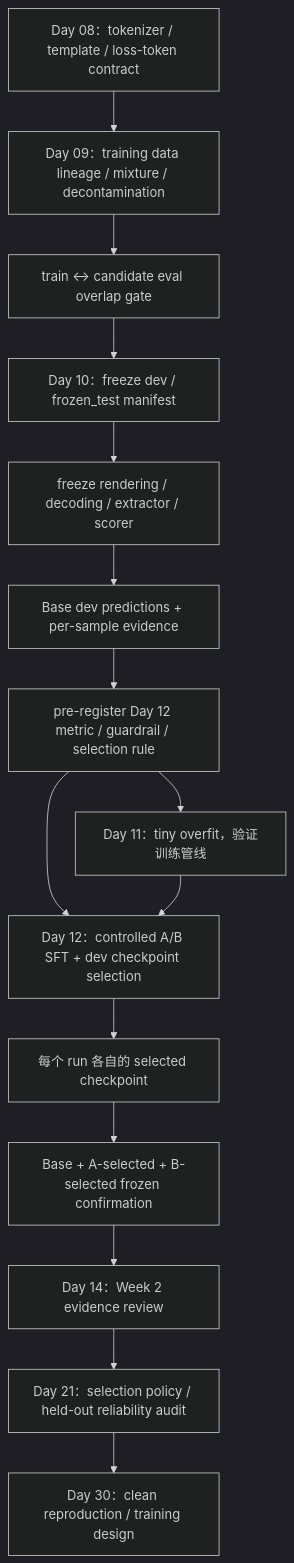
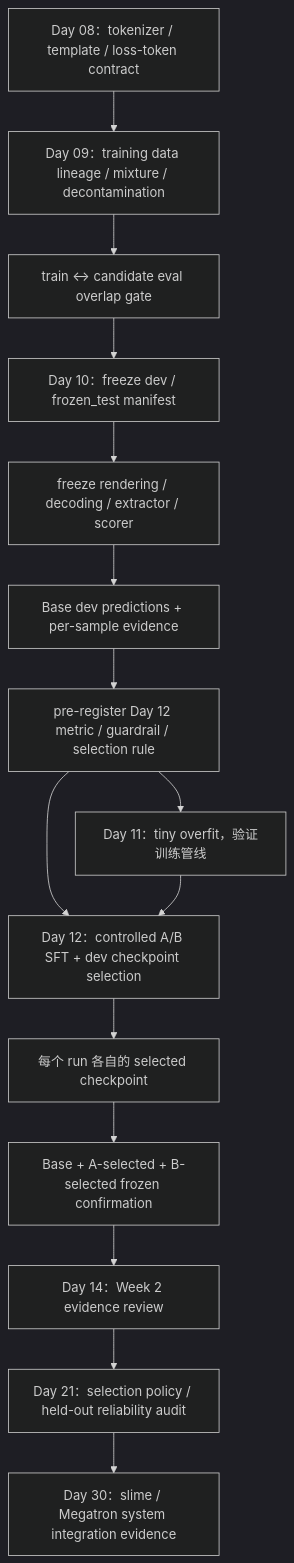
One commit to Guts-Blood/life changed the diagram in learning/post-training-30-day-bootcamp/day-10-frozen-eval-baseline/DAY-10-RESEARCH-AND-LEARNING-GUIDE.md. Above: the diagram before and after it, drawn with Mermaid (dark theme). The commit also changed 22 other files, not shown here.

Commit message:
docs(bootcamp): refocus day 27-30 on training system architecture

````diff
--- a/learning/post-training-30-day-bootcamp/day-10-frozen-eval-baseline/DAY-10-RESEARCH-AND-LEARNING-GUIDE.md
+++ b/learning/post-training-30-day-bootcamp/day-10-frozen-eval-baseline/DAY-10-RESEARCH-AND-LEARNING-GUIDE.md
@@ -77,18 +77,18 @@
 ```mermaid
 flowchart TD
     D8["Day 08：tokenizer / template / loss-token contract"] --> D9
     D9["Day 09：training data lineage / mixture / decontamination"] --> DC
     DC["train ↔ candidate eval overlap gate"] --> D10A
     D10A["Day 10：freeze dev / frozen_test manifest"] --> D10B
     D10B["freeze rendering / decoding / extractor / scorer"] --> BASE
     BASE["Base dev predictions + per-sample evidence"] --> POLICY
     POLICY["pre-register Day 12 metric / guardrail / selection rule"] --> D11
     POLICY --> D12
     D11["Day 11：tiny overfit，验证训练管线"] --> D12
     D12["Day 12：controlled A/B SFT + dev checkpoint selection"] --> SELECT
     SELECT["每个 run 各自的 selected checkpoint"] --> FROZEN
     FROZEN["Base + A-selected + B-selected frozen confirmation"] --> D14
     D14["Day 14：Week 2 evidence review"] --> D21
     D21["Day 21：selection policy / held-out reliability audit"] --> D30
-    D30["Day 30：clean reproduction / training design"]
+    D30["Day 30：slime / Megatron system integration evidence"]
 ```
````
